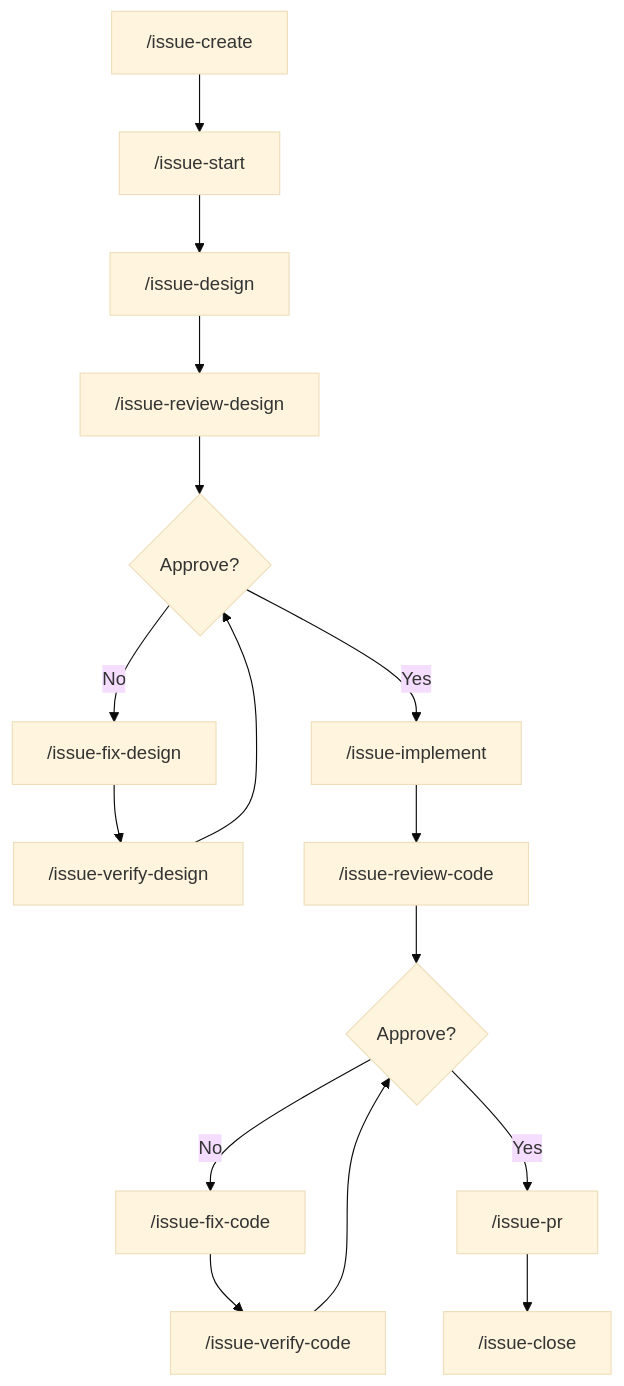
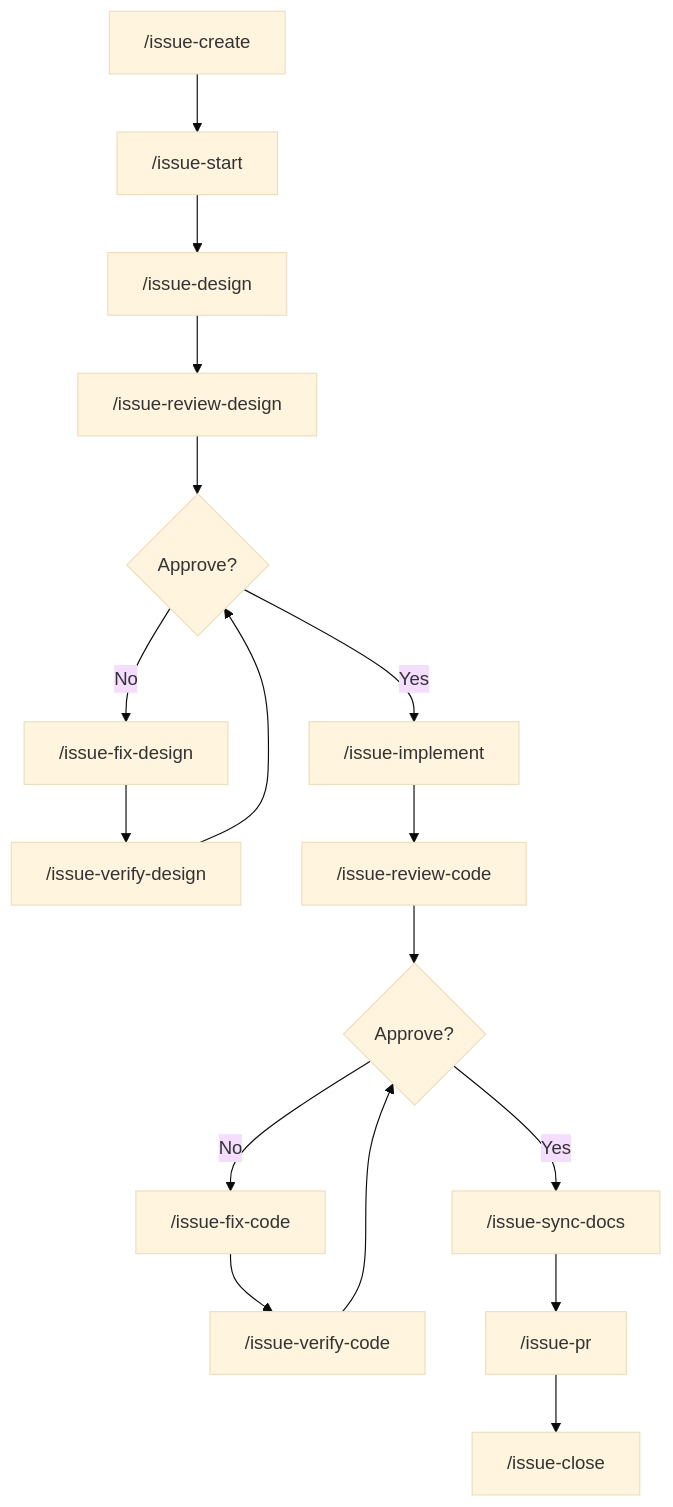
One commit to apokamo/kaji changed the first of 2 diagrams in docs/DEVELOPMENT_WORKFLOW.md. Above: the diagram before and after it, drawn with Mermaid (base theme). The commit also changed other lines of this file and 7 other files, not shown here.

````diff
--- a/docs/DEVELOPMENT_WORKFLOW.md
+++ b/docs/DEVELOPMENT_WORKFLOW.md
@@ -7,22 +7,22 @@
 ```mermaid
 flowchart TB
     A["/issue-create"] --> B["/issue-start"]
     B --> C["/issue-design"]
 
     C --> C1["/issue-review-design"]
     C1 --> C2{Approve?}
     C2 -->|No| C3["/issue-fix-design"]
     C3 --> C4["/issue-verify-design"]
     C4 --> C2
     C2 -->|Yes| D
 
     D["/issue-implement"]
     D --> D1["/issue-review-code"]
     D1 --> D2{Approve?}
     D2 -->|No| D3["/issue-fix-code"]
     D3 --> D4["/issue-verify-code"]
     D4 --> D2
     D2 -->|Yes| E
 
-    E["/issue-pr"] --> F["/issue-close"]
+    E["/issue-sync-docs"] --> F["/issue-pr"] --> G["/issue-close"]
 ```
````
